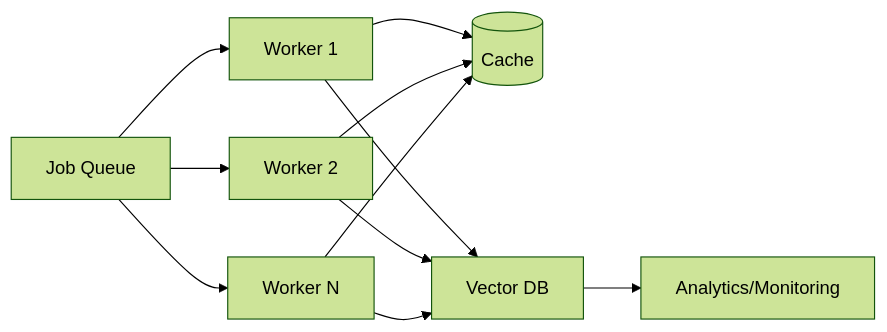
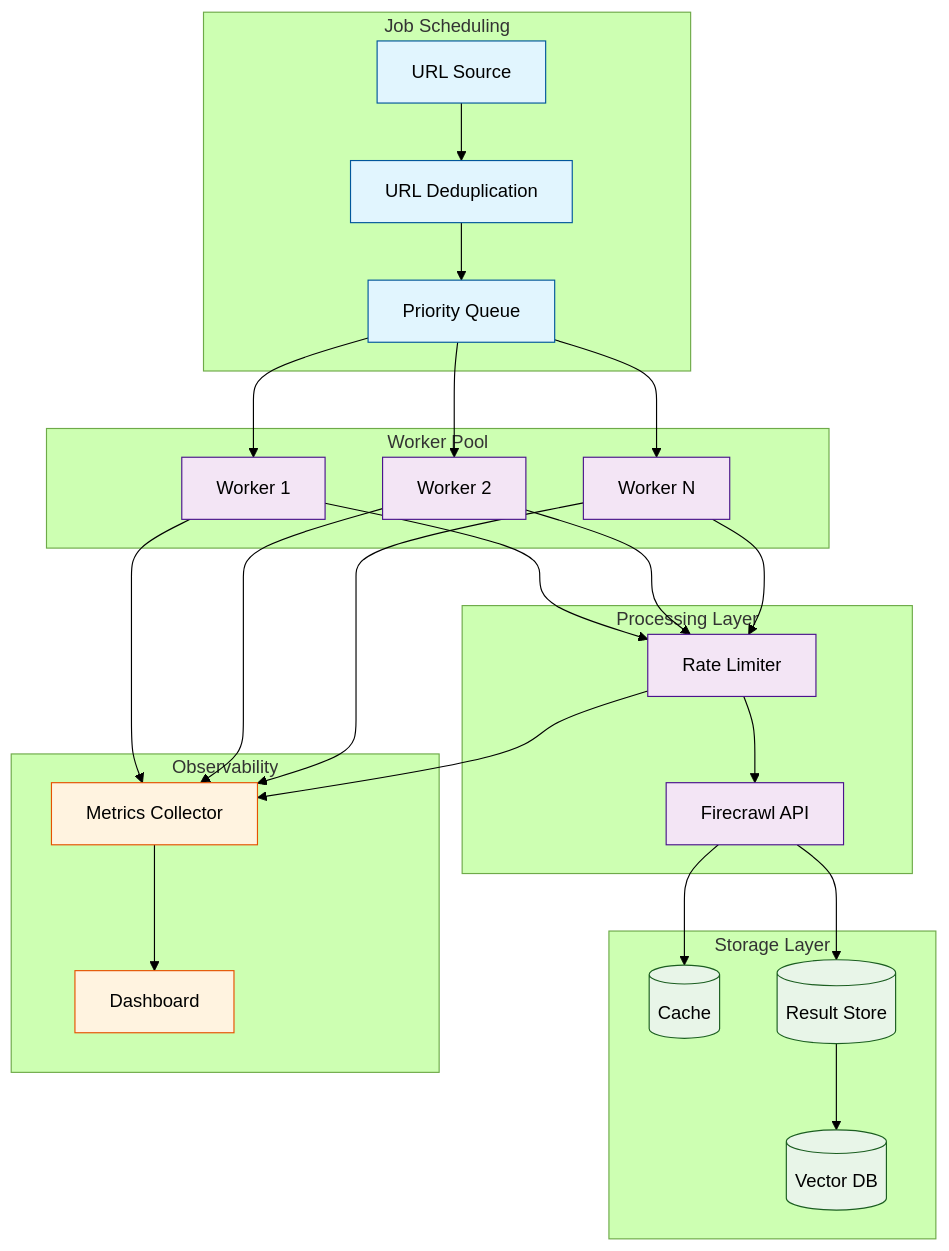
Before and after one commit to johnxie/awesome-code-docs: the first of 3 diagrams in tutorials/firecrawl-tutorial/07-scaling-performance.md, drawn with Mermaid (forest theme). The commit also changed other lines of this file and 34 other files, not shown here.

First line of the commit message:
Enhance data/analytics tutorials: PostHog, Quivr, Supabase, Perplexica, Firecrawl

````diff
--- a/tutorials/firecrawl-tutorial/07-scaling-performance.md
+++ b/tutorials/firecrawl-tutorial/07-scaling-performance.md
@@ -19,13 +30,45 @@
 ```mermaid
-flowchart LR
-    Q[Job Queue] --> W1[Worker 1]
-    Q --> W2[Worker 2]
-    Q --> W3[Worker N]
-    W1 --> C[(Cache)]
-    W2 --> C
-    W3 --> C
-    W1 --> V[Vector DB]
-    W2 --> V
-    W3 --> V
-    V --> A[Analytics/Monitoring]
+flowchart TD
+    subgraph Scheduling["Job Scheduling"]
+        A[URL Source] --> B[URL Deduplication]
+        B --> C[Priority Queue]
+    end
+
+    subgraph Workers["Worker Pool"]
+        C --> D[Worker 1]
+        C --> E[Worker 2]
+        C --> F[Worker N]
+    end
+
+    subgraph Processing["Processing Layer"]
+        D --> G[Rate Limiter]
+        E --> G
+        F --> G
+        G --> H[Firecrawl API]
+    end
+
+    subgraph Storage["Storage Layer"]
+        H --> I[(Cache)]
+        H --> J[(Result Store)]
+        J --> K[(Vector DB)]
+    end
+
+    subgraph Monitoring["Observability"]
+        L[Metrics Collector]
+        D --> L
+        E --> L
+        F --> L
+        G --> L
+        L --> M[Dashboard]
+    end
+
+    classDef schedule fill:#e1f5fe,stroke:#01579b
+    classDef worker fill:#f3e5f5,stroke:#4a148c
+    classDef storage fill:#e8f5e8,stroke:#1b5e20
+    classDef monitor fill:#fff3e0,stroke:#e65100
+
+    class A,B,C schedule
+    class D,E,F,G,H worker
+    class I,J,K storage
+    class L,M monitor
 ```
````
